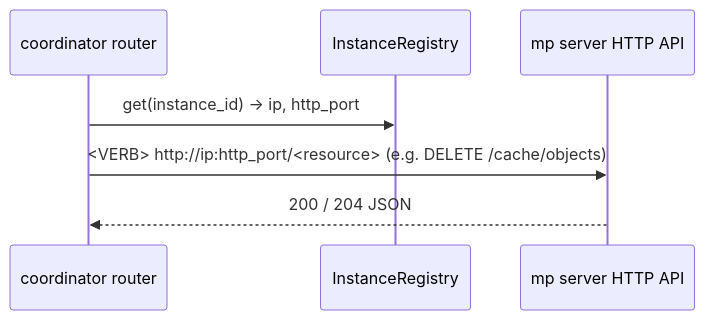
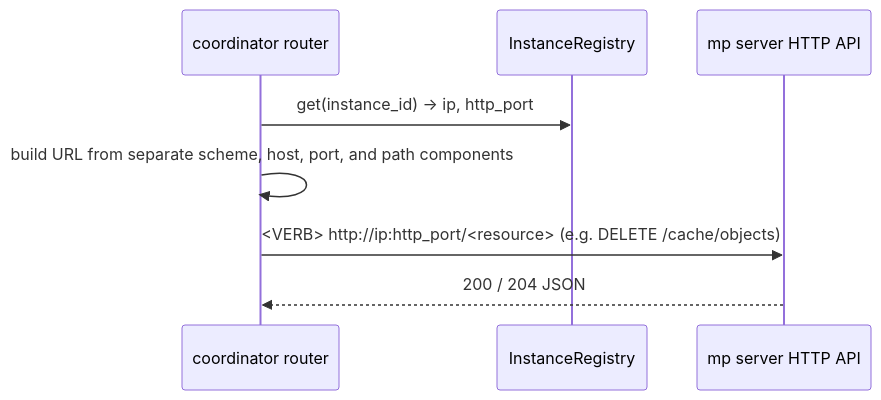
One commit to team-redbull/redbull-brain changed the second of 2 diagrams in docs/upstream/lmcache/docs/design/v1/mp_coordinator/README.md. Above: the diagram before and after it, drawn with Mermaid. The commit also changed other lines of this file and 162 other files, not shown here.

````diff
--- a/docs/upstream/lmcache/docs/design/v1/mp_coordinator/README.md
+++ b/docs/upstream/lmcache/docs/design/v1/mp_coordinator/README.md
@@ -135,10 +135,11 @@
 ```mermaid
 sequenceDiagram
     participant Ctl as coordinator router
     participant Reg as InstanceRegistry
     participant M as mp server HTTP API
 
     Ctl->>Reg: get(instance_id) -> ip, http_port
+    Ctl->>Ctl: build URL from separate scheme, host, port, and path components
     Ctl->>M: <VERB> http://ip:http_port/<resource> (e.g. DELETE /cache/objects)
     M-->>Ctl: 200 / 204 JSON
 ```
````
